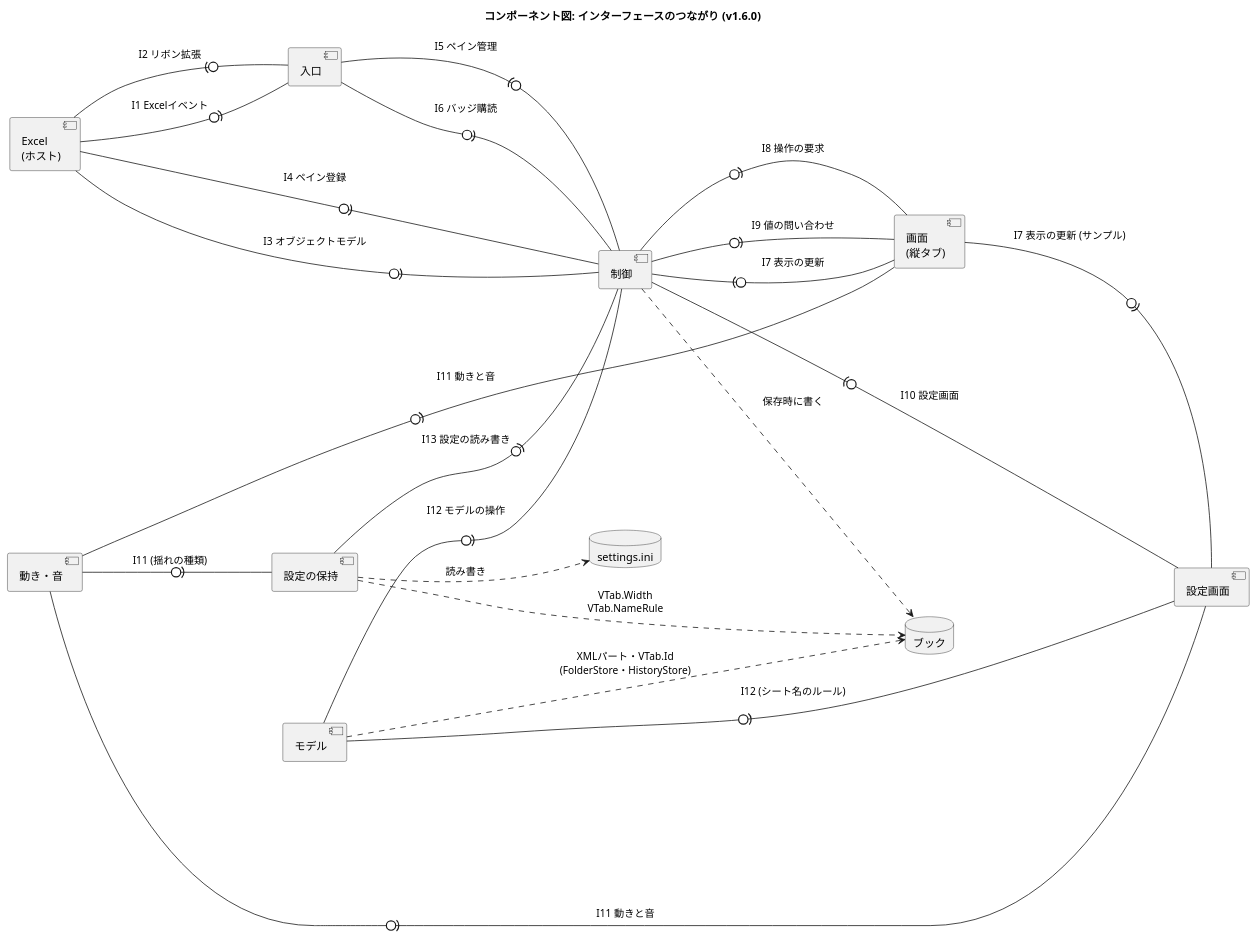
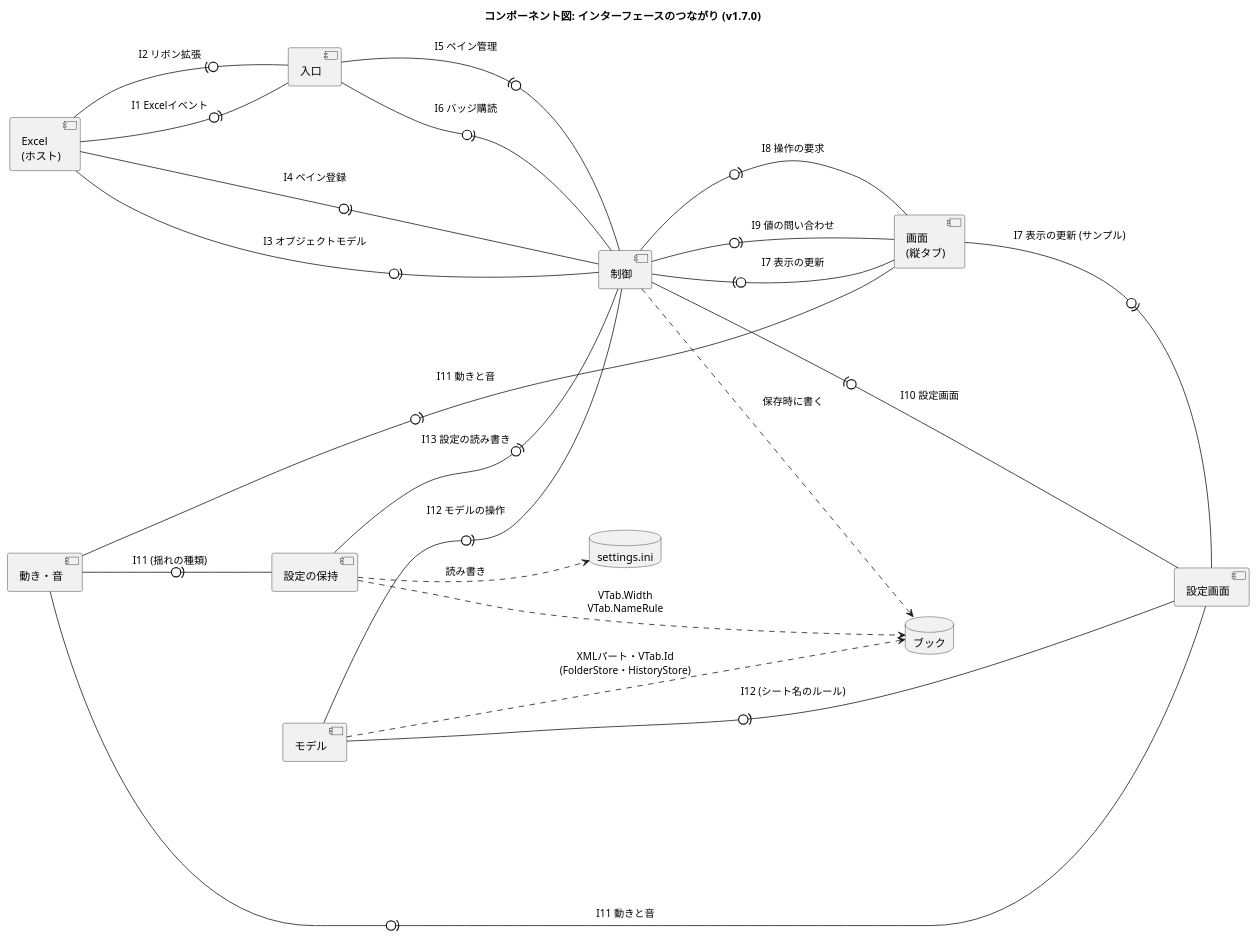
One commit to nk-taka623/VerticalSheetTabs changed the diagram in docs/component-interface.puml. Above: the diagram before and after it, drawn with PlantUML. The commit also changed 15 other files, not shown here.

Commit message:
v1.7.0 にする: 版数、README の変更点、図、設定画面の画像を更新する

```diff
--- a/docs/component-interface.puml
+++ b/docs/component-interface.puml
@@ -1,43 +1,43 @@
 @startuml
-title コンポーネント図: インターフェースのつながり (v1.6.0)
+title コンポーネント図: インターフェースのつながり (v1.7.0)
 left to right direction
 skinparam componentStyle uml2
 skinparam shadowing false
 skinparam nodesep 50
 skinparam ranksep 110
 
 component "Excel\n(ホスト)" as HOST
 component "入口" as ENTRY
 component "制御" as CTRL
 component "画面\n(縦タブ)" as VIEW
 component "設定画面" as SETTINGS
 component "動き・音" as FX
 component "モデル" as MODEL
 component "設定の保持" as CONFIG
 database "ブック" as BOOK
 database "settings.ini" as INI
 
 ' 「提供側 -0)- 利用側」: 丸が提供するインターフェース、受け口が利用 (I1 から I13 は、DEVELOPMENT.md の表)
 HOST -0)- ENTRY : I1 Excelイベント
 ENTRY -0)- HOST : I2 リボン拡張
 HOST -0)- CTRL : I3 オブジェクトモデル
 HOST -0)- CTRL : I4 ペイン登録
 CTRL -0)- ENTRY : I5 ペイン管理
 ENTRY -0)- CTRL : I6 バッジ購読
 VIEW -0)- CTRL : I7 表示の更新
 CTRL -0)- VIEW : I8 操作の要求
 CTRL -0)- VIEW : I9 値の問い合わせ
 SETTINGS -0)- CTRL : I10 設定画面
 VIEW -0)- SETTINGS : I7 表示の更新 (サンプル)
 FX -0)- VIEW : I11 動きと音
 FX -0)- SETTINGS : I11 動きと音
 FX -0)- CONFIG : I11 (揺れの種類)
 MODEL -0)- CTRL : I12 モデルの操作
 MODEL -0)- SETTINGS : I12 (シート名のルール)
 CONFIG -0)- CTRL : I13 設定の読み書き
 
 CTRL ..> BOOK : 保存時に書く
 MODEL ..> BOOK : XMLパート・VTab.Id\n(FolderStore・HistoryStore)
 CONFIG ..> BOOK : VTab.Width\nVTab.NameRule
 CONFIG ..> INI : 読み書き
 @enduml
```
